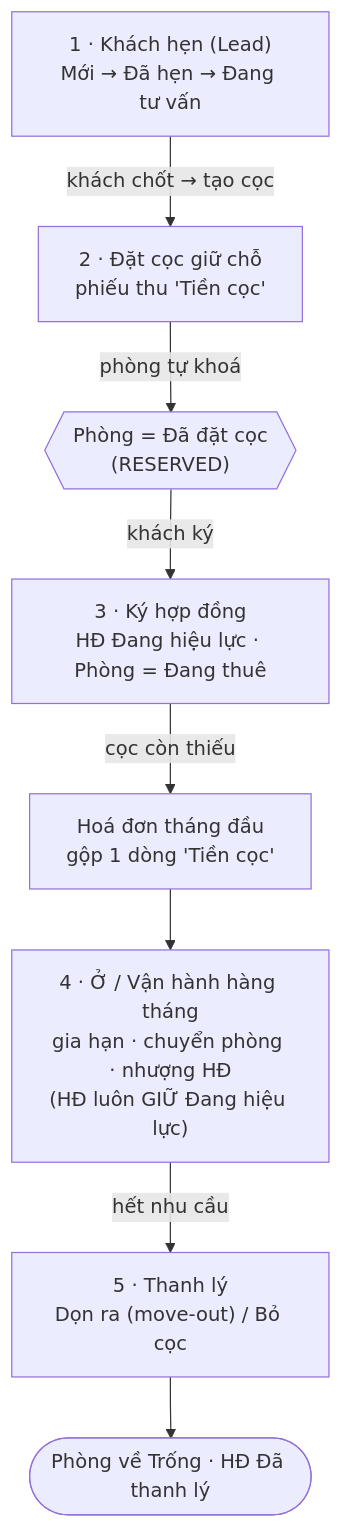
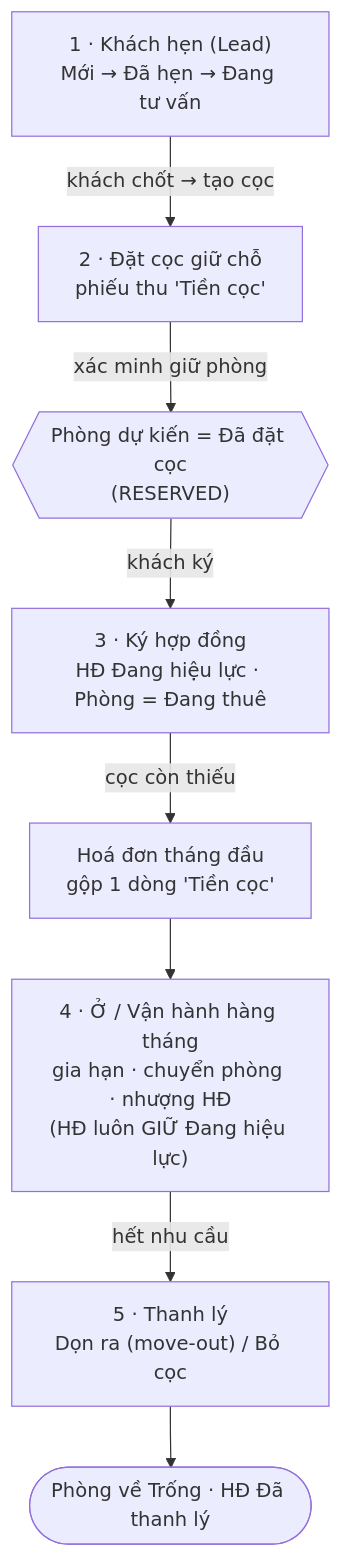
One commit to zxGreenxz/whiteboard-ihomecrm changed the diagram in docs/huong-dan-su-dung/01-bat-dau/quy-trinh-khach-thue/index.md. Above: the diagram before and after it, drawn with Mermaid. The commit also changed other lines of this file and 157 other files, not shown here.

````diff
--- a/docs/huong-dan-su-dung/01-bat-dau/quy-trinh-khach-thue/index.md
+++ b/docs/huong-dan-su-dung/01-bat-dau/quy-trinh-khach-thue/index.md
@@ -28,10 +36,10 @@
 ```mermaid
 flowchart TD
   L["1 · Khách hẹn (Lead)<br/>Mới → Đã hẹn → Đang tư vấn"] -->|"khách chốt → tạo cọc"| C["2 · Đặt cọc giữ chỗ<br/>phiếu thu 'Tiền cọc'"]
-  C -->|"phòng tự khoá"| R{{"Phòng = Đã đặt cọc<br/>(RESERVED)"}}
+  C -->|"xác minh giữ phòng"| R{{"Phòng dự kiến = Đã đặt cọc<br/>(RESERVED)"}}
   R -->|"khách ký"| K["3 · Ký hợp đồng<br/>HĐ Đang hiệu lực · Phòng = Đang thuê"]
   K -->|"cọc còn thiếu"| INV["Hoá đơn tháng đầu<br/>gộp 1 dòng 'Tiền cọc'"]
   INV --> O["4 · Ở / Vận hành hàng tháng<br/>gia hạn · chuyển phòng · nhượng HĐ<br/>(HĐ luôn GIỮ Đang hiệu lực)"]
   O -->|"hết nhu cầu"| T["5 · Thanh lý<br/>Dọn ra (move-out) / Bỏ cọc"]
   T --> E(["Phòng về Trống · HĐ Đã thanh lý"])
 ```
````
